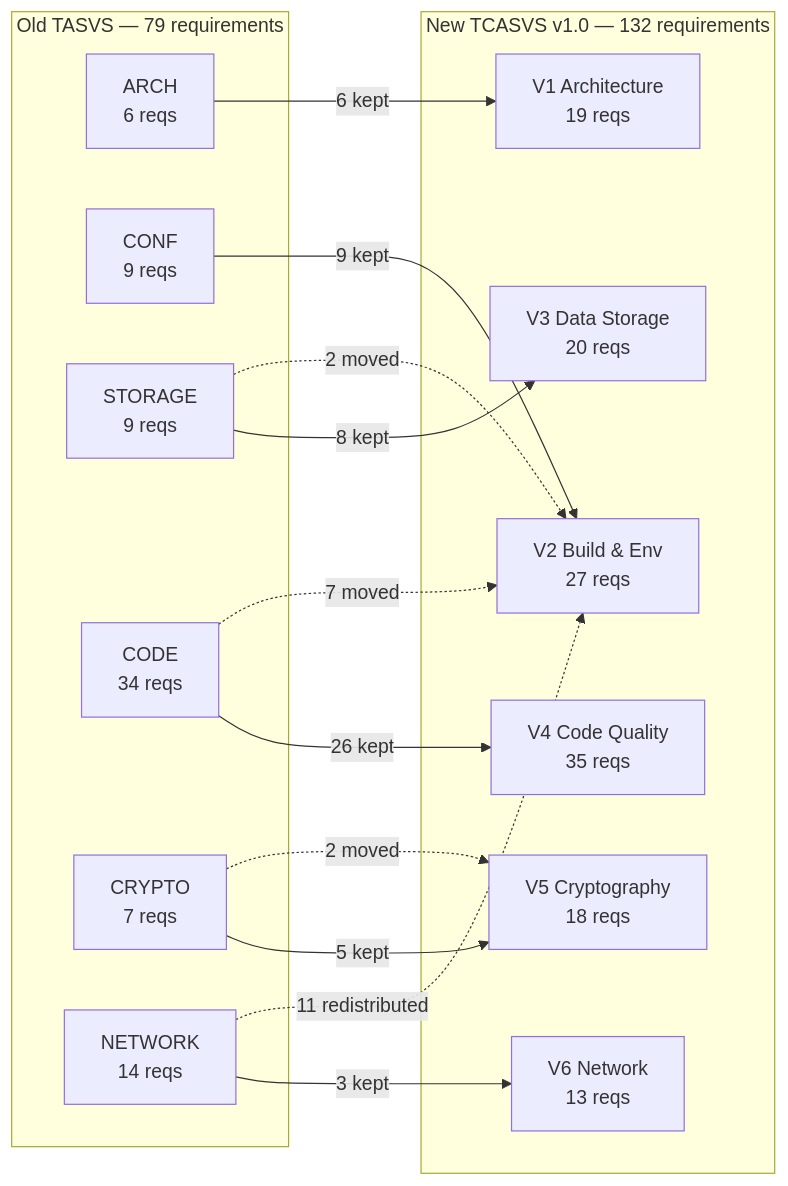
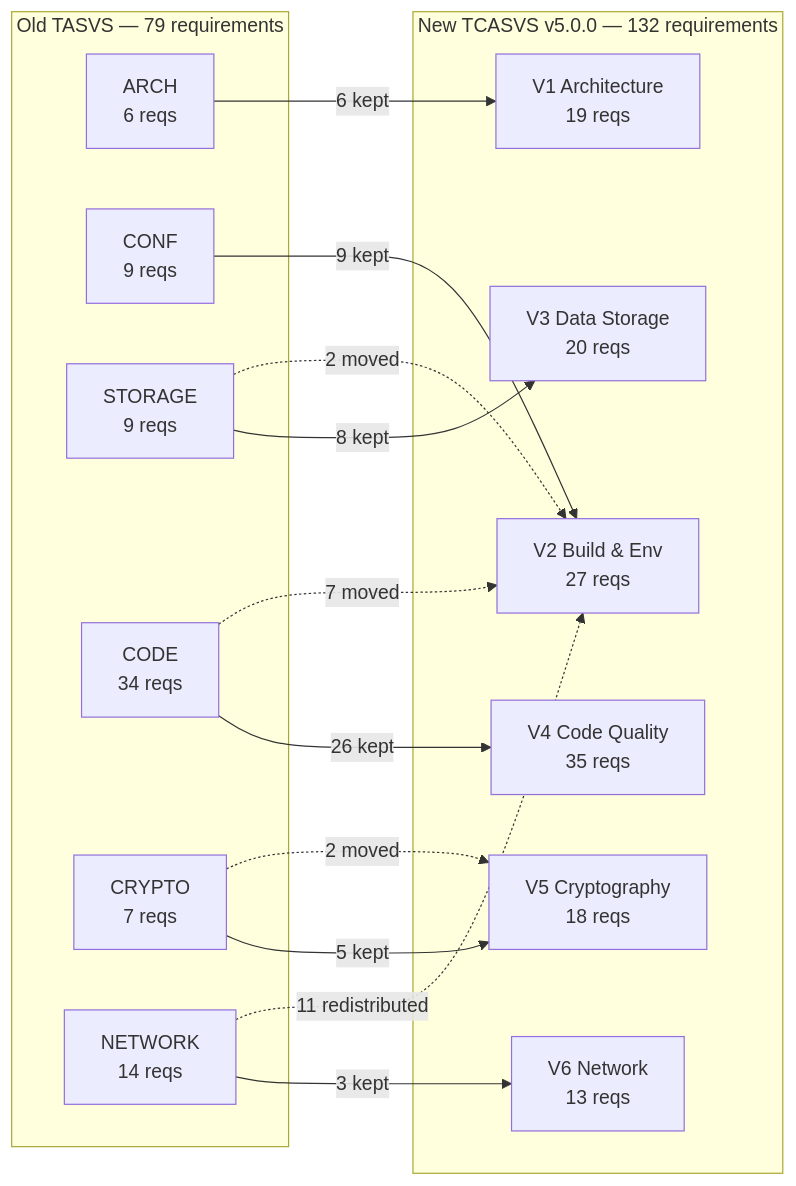
Before and after one commit to OWASP/TCASVS: the diagram in MIGRATION-SUMMARY.md, drawn with Mermaid. The commit also changed other lines of this file and 44 other files, not shown here.

````diff
--- a/MIGRATION-SUMMARY.md
+++ b/MIGRATION-SUMMARY.md
@@ -7,31 +7,31 @@
 ```mermaid
 graph LR
     subgraph Old["Old TASVS — 79 requirements"]
         A["ARCH<br/>6 reqs"]
         B["CONF<br/>9 reqs"]
         C["STORAGE<br/>9 reqs"]
         D["CODE<br/>34 reqs"]
         E["CRYPTO<br/>7 reqs"]
         F["NETWORK<br/>14 reqs"]
     end
 
-    subgraph New["New TCASVS v1.0 — 132 requirements"]
+    subgraph New["New TCASVS v5.0.0 — 132 requirements"]
         V1["V1 Architecture<br/>19 reqs"]
         V2["V2 Build & Env<br/>27 reqs"]
         V3["V3 Data Storage<br/>20 reqs"]
         V4["V4 Code Quality<br/>35 reqs"]
         V5["V5 Cryptography<br/>18 reqs"]
         V6["V6 Network<br/>13 reqs"]
     end
 
     A -->|"6 kept"| V1
     B -->|"9 kept"| V2
     C -->|"8 kept"| V3
     D -->|"26 kept"| V4
     E -->|"5 kept"| V5
     F -->|"3 kept"| V6
     F -.->|"11 redistributed"| V2
     D -.->|"7 moved"| V2
     C -.->|"2 moved"| V2
     E -.->|"2 moved"| V5
 ```
````
